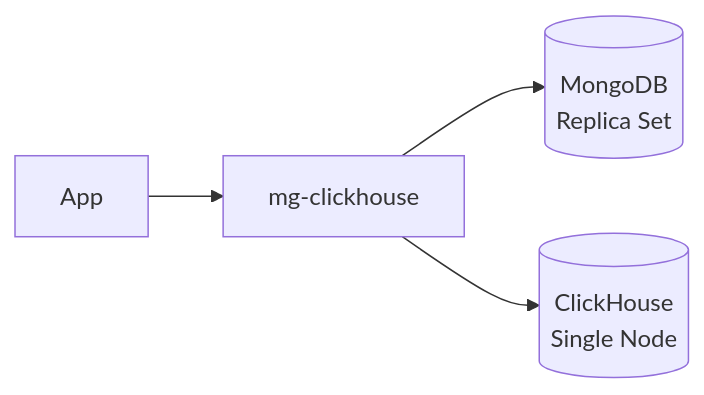
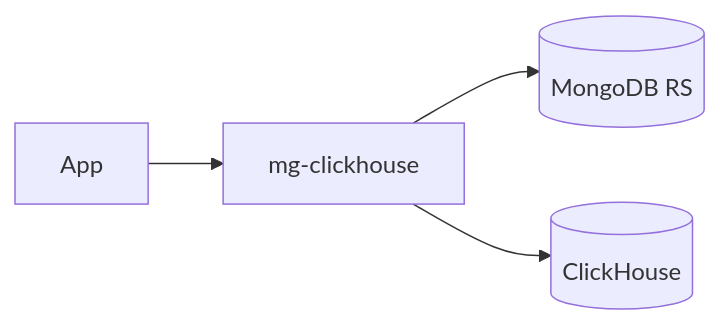
One commit to mrityunjaysharma/mongo-flux changed diagram 13 of 14 in docs/design.md. Above: the diagram before and after it, drawn with Mermaid. The commit also changed other lines of this file and 1 other file, not shown here.

````diff
--- a/docs/design.md
+++ b/docs/design.md
@@ -367,6 +398,6 @@
 ```mermaid
 graph LR
     APP[App] --> MGC[mg-clickhouse]
-    MGC --> MG[(MongoDB<br/>Replica Set)]
-    MGC --> CH[(ClickHouse<br/>Single Node)]
+    MGC --> MG[(MongoDB RS)]
+    MGC --> CH[(ClickHouse)]
 ```
````
